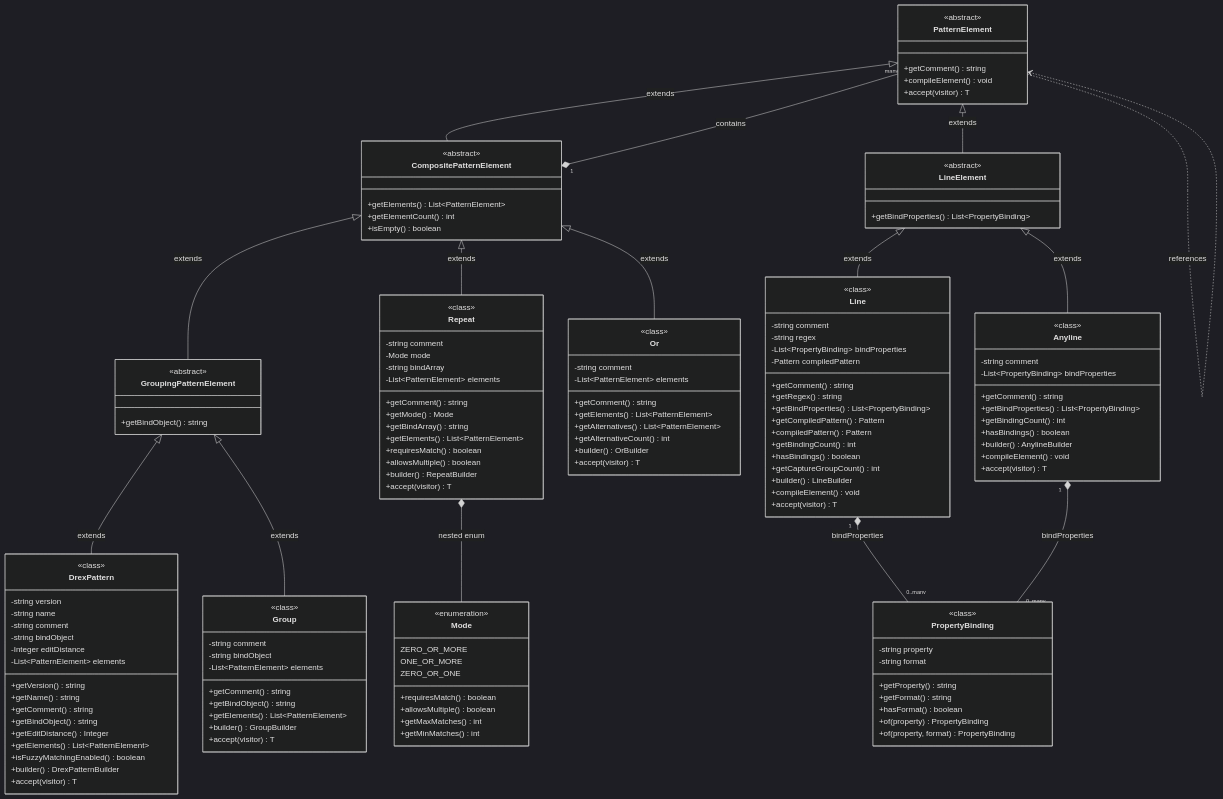
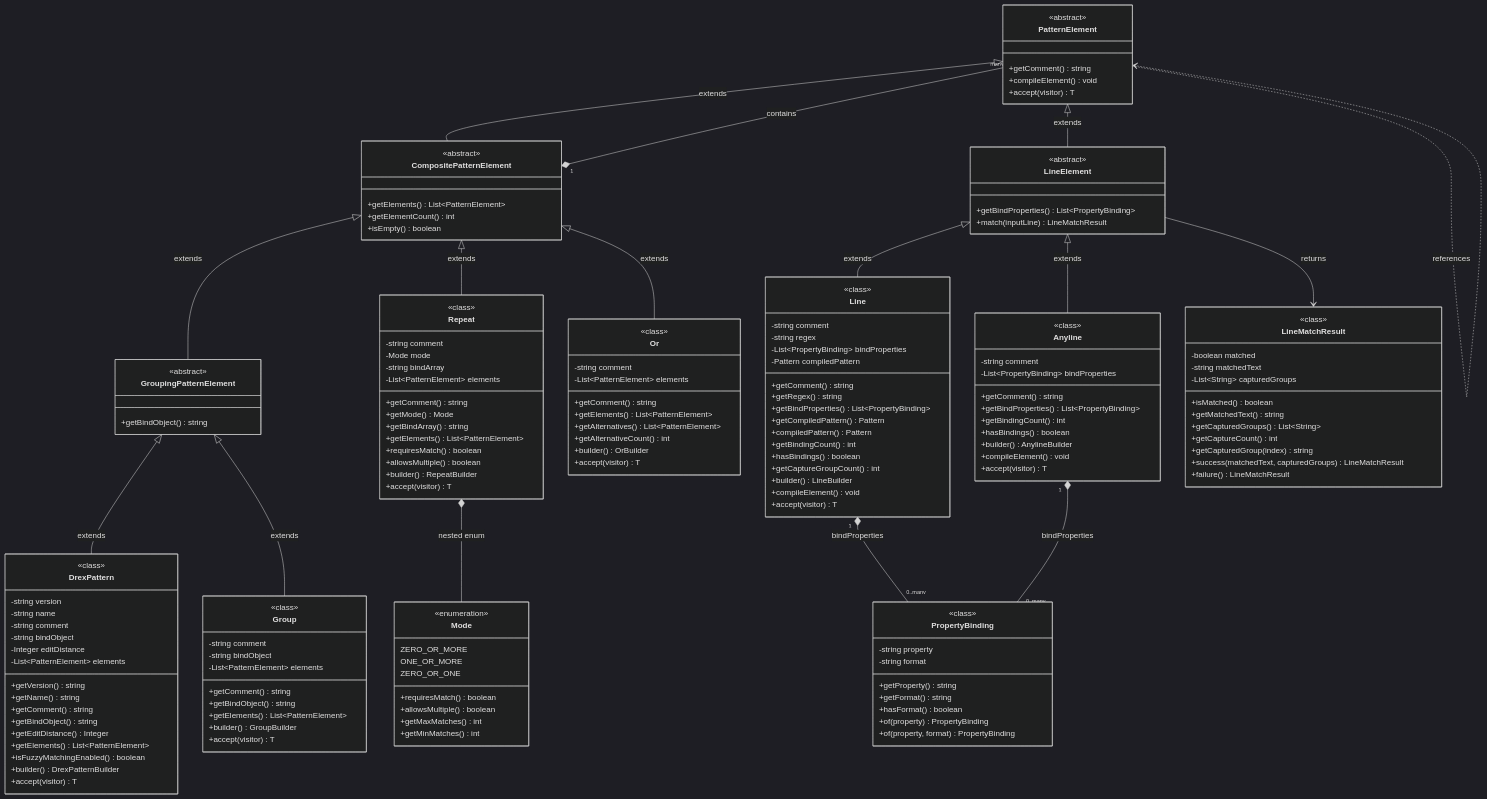
Before and after one commit to evillrich/drex-java: the diagram in docs/pattern_classes.mermaid, drawn with Mermaid (dark theme). The commit also changed 7 other files, not shown here.

Commit message:
added LineMatchResult and changed Transition to use CompositePatternElement

```diff
--- a/docs/pattern_classes.mermaid
+++ b/docs/pattern_classes.mermaid
@@ -1,163 +1,179 @@
 classDiagram
     class PatternElement {
         <<abstract>>
         +getComment() string
         +compileElement() void
         +accept(visitor) T
     }
 
     class CompositePatternElement {
         <<abstract>>
         +getElements() List~PatternElement~
         +getElementCount() int
         +isEmpty() boolean
     }
 
     class GroupingPatternElement {
         <<abstract>>
         +getBindObject() string
     }
 
     class LineElement {
         <<abstract>>
         +getBindProperties() List~PropertyBinding~
+        +match(inputLine) LineMatchResult
     }
 
     class DrexPattern {
         <<class>>
         -string version
         -string name  
         -string comment
         -string bindObject
         -Integer editDistance
         -List~PatternElement~ elements
         +getVersion() string
         +getName() string
         +getComment() string
         +getBindObject() string
         +getEditDistance() Integer
         +getElements() List~PatternElement~
         +isFuzzyMatchingEnabled() boolean
         +builder() DrexPatternBuilder
         +accept(visitor) T
     }
 
     class Group {
         <<class>>
         -string comment
         -string bindObject
         -List~PatternElement~ elements
         +getComment() string
         +getBindObject() string
         +getElements() List~PatternElement~
         +builder() GroupBuilder
         +accept(visitor) T
     }
 
     class Repeat {
         <<class>>
         -string comment
         -Mode mode
         -string bindArray
         -List~PatternElement~ elements
         +getComment() string
         +getMode() Mode
         +getBindArray() string
         +getElements() List~PatternElement~
         +requiresMatch() boolean
         +allowsMultiple() boolean
         +builder() RepeatBuilder
         +accept(visitor) T
     }
 
     class Or {
         <<class>>
         -string comment
         -List~PatternElement~ elements
         +getComment() string
         +getElements() List~PatternElement~
         +getAlternatives() List~PatternElement~
         +getAlternativeCount() int
         +builder() OrBuilder
         +accept(visitor) T
     }
 
     class Line {
         <<class>>
         -string comment
         -string regex
         -List~PropertyBinding~ bindProperties
         -Pattern compiledPattern
         +getComment() string
         +getRegex() string
         +getBindProperties() List~PropertyBinding~
         +getCompiledPattern() Pattern
         +compiledPattern() Pattern
         +getBindingCount() int
         +hasBindings() boolean
         +getCaptureGroupCount() int
         +builder() LineBuilder
         +compileElement() void
         +accept(visitor) T
     }
 
     class Anyline {
         <<class>>
         -string comment
         -List~PropertyBinding~ bindProperties
         +getComment() string
         +getBindProperties() List~PropertyBinding~
         +getBindingCount() int
         +hasBindings() boolean
         +builder() AnylineBuilder
         +compileElement() void
         +accept(visitor) T
     }
 
     class Mode {
         <<enumeration>>
         ZERO_OR_MORE
         ONE_OR_MORE
         ZERO_OR_ONE
         +requiresMatch() boolean
         +allowsMultiple() boolean
         +getMaxMatches() int
         +getMinMatches() int
     }
 
     class PropertyBinding {
         <<class>>
         -string property
         -string format
         +getProperty() string
         +getFormat() string
         +hasFormat() boolean
         +of(property) PropertyBinding
         +of(property, format) PropertyBinding
     }
 
+    class LineMatchResult {
+        <<class>>
+        -boolean matched
+        -string matchedText
+        -List~String~ capturedGroups
+        +isMatched() boolean
+        +getMatchedText() string
+        +getCapturedGroups() List~String~
+        +getCaptureCount() int
+        +getCapturedGroup(index) string
+        +success(matchedText, capturedGroups) LineMatchResult
+        +failure() LineMatchResult
+    }
+
 
 %% Relationships
     PatternElement <|-- CompositePatternElement : extends
     PatternElement <|-- LineElement : extends
 
     CompositePatternElement <|-- GroupingPatternElement : extends
     GroupingPatternElement <|-- DrexPattern : extends
     GroupingPatternElement <|-- Group : extends
 
     CompositePatternElement <|-- Repeat : extends
     CompositePatternElement <|-- Or : extends
 
     LineElement <|-- Line : extends
     LineElement <|-- Anyline : extends
 
     CompositePatternElement "1" *-- "many" PatternElement : contains
 
     Repeat *-- Mode : nested enum
     Line "1" *-- "0..many" PropertyBinding : bindProperties
     Anyline "1" *-- "0..many" PropertyBinding : bindProperties
+    LineElement --> LineMatchResult : returns
 
 %% Self-referencing for recursive structure
     PatternElement ..> PatternElement : references
 
 %% Note: compiledPattern in Line is lazily initialized on first access
```
